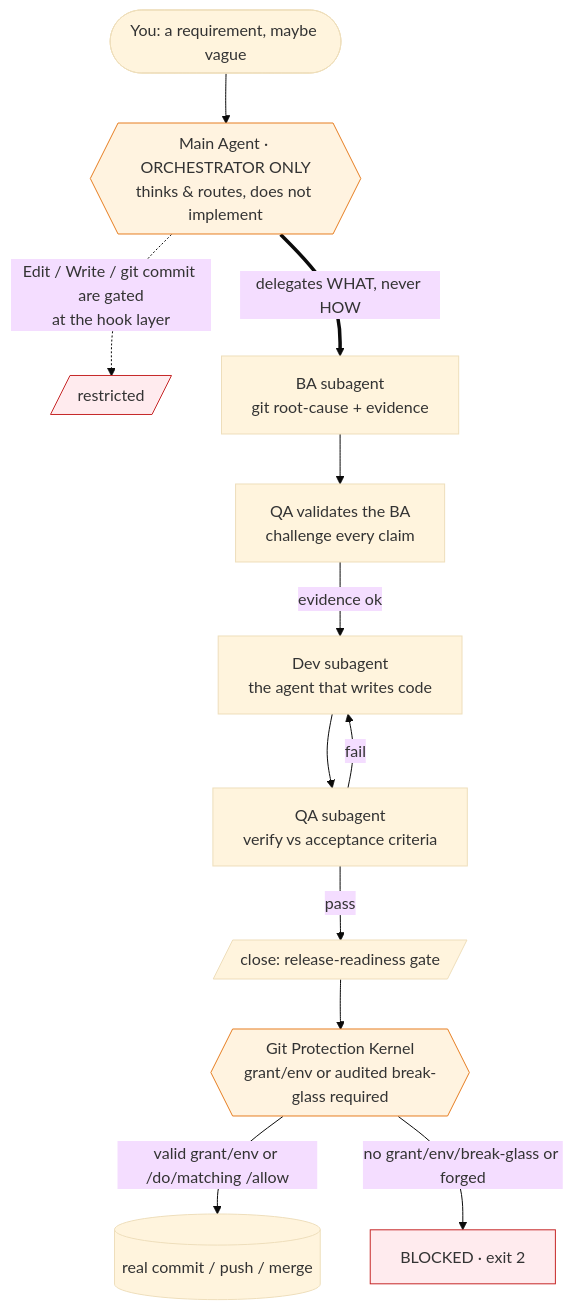
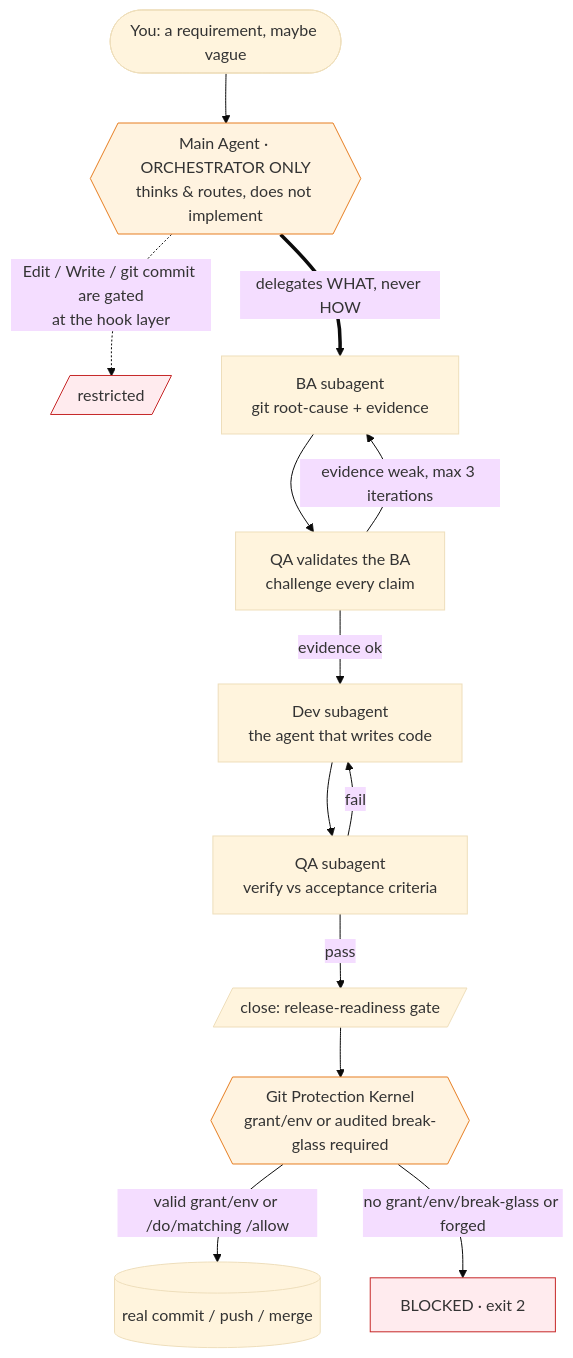
Before and after one commit to Yugoge/awesome-claude-harness: the first of 3 diagrams in README.md, drawn with Mermaid (base theme). The commit also changed other lines of this file and 17 other files, not shown here.

````diff
--- a/README.md
+++ b/README.md
@@ -66,22 +98,23 @@
 ```mermaid
 flowchart TD
     U([You: a requirement, maybe vague]) --> O{{Main Agent · ORCHESTRATOR ONLY<br/>thinks &amp; routes, does not implement}}
 
     O -. "Edit / Write / git commit are gated<br/>at the hook layer" .-> X[/restricted/]
 
     O ==>|delegates WHAT, never HOW| BA[BA subagent<br/>git root-cause + evidence]
     BA --> QV[QA validates the BA<br/>challenge every claim]
     QV -->|evidence ok| DEV[Dev subagent<br/>the agent that writes code]
+    QV -->|evidence weak, max 3 iterations| BA
     DEV --> QA[QA subagent<br/>verify vs acceptance criteria]
     QA -->|fail| DEV
     QA -->|pass| CLOSE[/close: release-readiness gate/]
 
     CLOSE --> GATE{{Git Protection Kernel<br/>grant/env or audited break-glass required}}
     GATE -->|valid grant/env or /do/matching /allow| GIT[(real commit / push / merge)]
     GATE -->|no grant/env/break-glass or forged| BLOCK[BLOCKED · exit 2]
 
     classDef restricted fill:#ffebee,stroke:#c62828
     classDef gate fill:#fff3e0,stroke:#e67e22
     class X,BLOCK restricted
     class O,GATE gate
 ```
````
